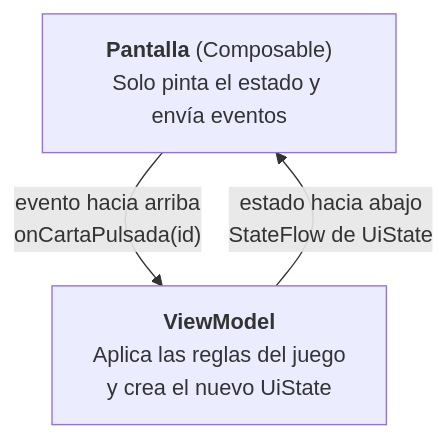
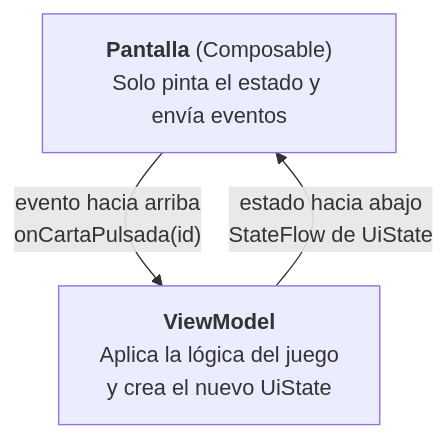
One commit to jssdocente/pmdm2627d changed the diagram in docs/temas/evaluacion/1eval-proyecto.md. Above: the diagram before and after it, drawn with Mermaid. The commit also changed other lines of this file and 1 other file, not shown here.

First line of the commit message:
docs(evaluacion): añade las claves del proyecto y su orden de trabajo

````diff
--- a/docs/temas/evaluacion/1eval-proyecto.md
+++ b/docs/temas/evaluacion/1eval-proyecto.md
@@ -100,7 +104,7 @@
 ```mermaid
 flowchart TB
     P["<b>Pantalla</b> (Composable)<br>Solo pinta el estado y envía eventos"]
-    VM["<b>ViewModel</b><br>Aplica las reglas del juego<br>y crea el nuevo UiState"]
+    VM["<b>ViewModel</b><br>Aplica la lógica del juego<br>y crea el nuevo UiState"]
     P -- "evento hacia arriba<br>onCartaPulsada(id)" --> VM
     VM -- "estado hacia abajo<br>StateFlow de UiState" --> P
 ```
````
